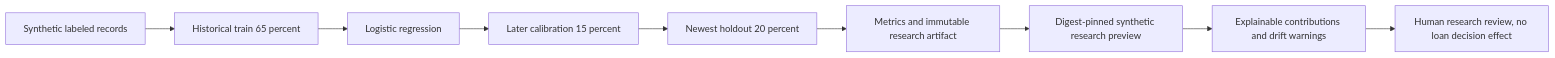
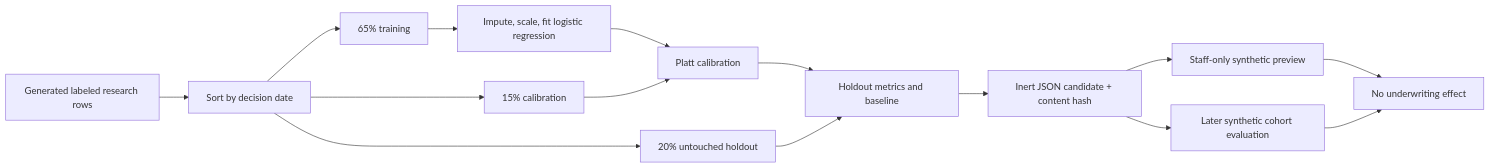
Before and after one commit to pushkkal0201-bit/AadharShila: the fourth of 4 diagrams in README.md, drawn with Mermaid. The commit also changed other lines of this file, not shown here.

Commit message:
docs(readme): explain underwriting architecture, model boundaries and reproducible demo

````diff
--- a/README.md
+++ b/README.md
@@ -562,11 +186,17 @@
 ```mermaid
 flowchart LR
-    A[Synthetic labeled records] --> B[Historical train 65 percent]
-    B --> C[Logistic regression]
-    C --> D[Later calibration 15 percent]
-    D --> E[Newest holdout 20 percent]
-    E --> F[Metrics and immutable research artifact]
-    F --> G[Digest-pinned synthetic research preview]
-    G --> H[Explainable contributions and drift warnings]
-    H --> I[Human research review, no loan decision effect]
+    A[Generated labeled research rows] --> B[Sort by decision date]
+    B --> C[65% training]
+    B --> D[15% calibration]
+    B --> E[20% untouched holdout]
+    C --> F[Impute, scale, fit logistic regression]
+    F --> G[Platt calibration]
+    D --> G
+    G --> H[Holdout metrics and baseline]
+    E --> H
+    H --> I[Inert JSON candidate + content hash]
+    I --> J[Staff-only synthetic preview]
+    I --> K[Later synthetic cohort evaluation]
+    J --> L[No underwriting effect]
+    K --> L
 ```
````
